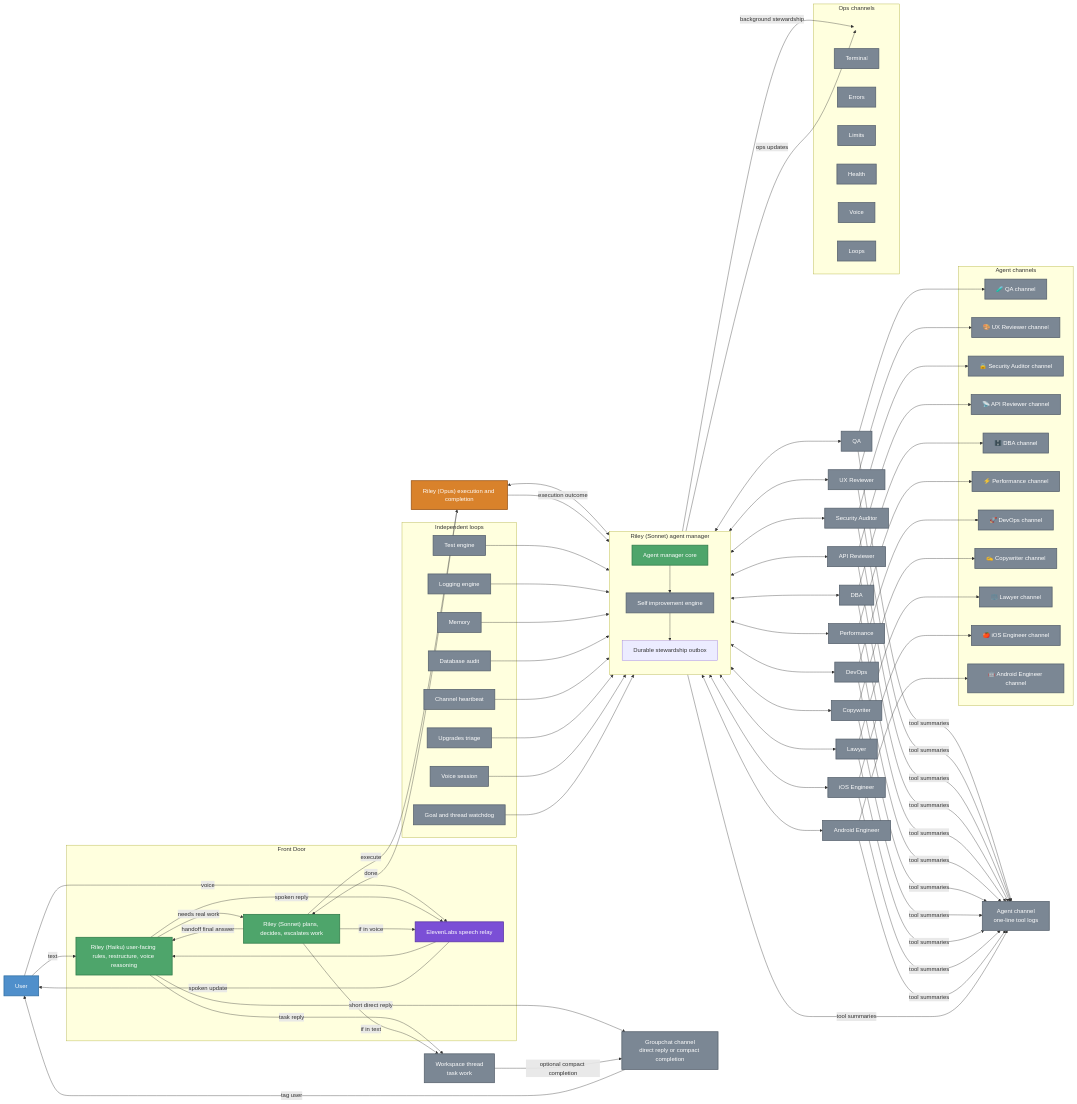
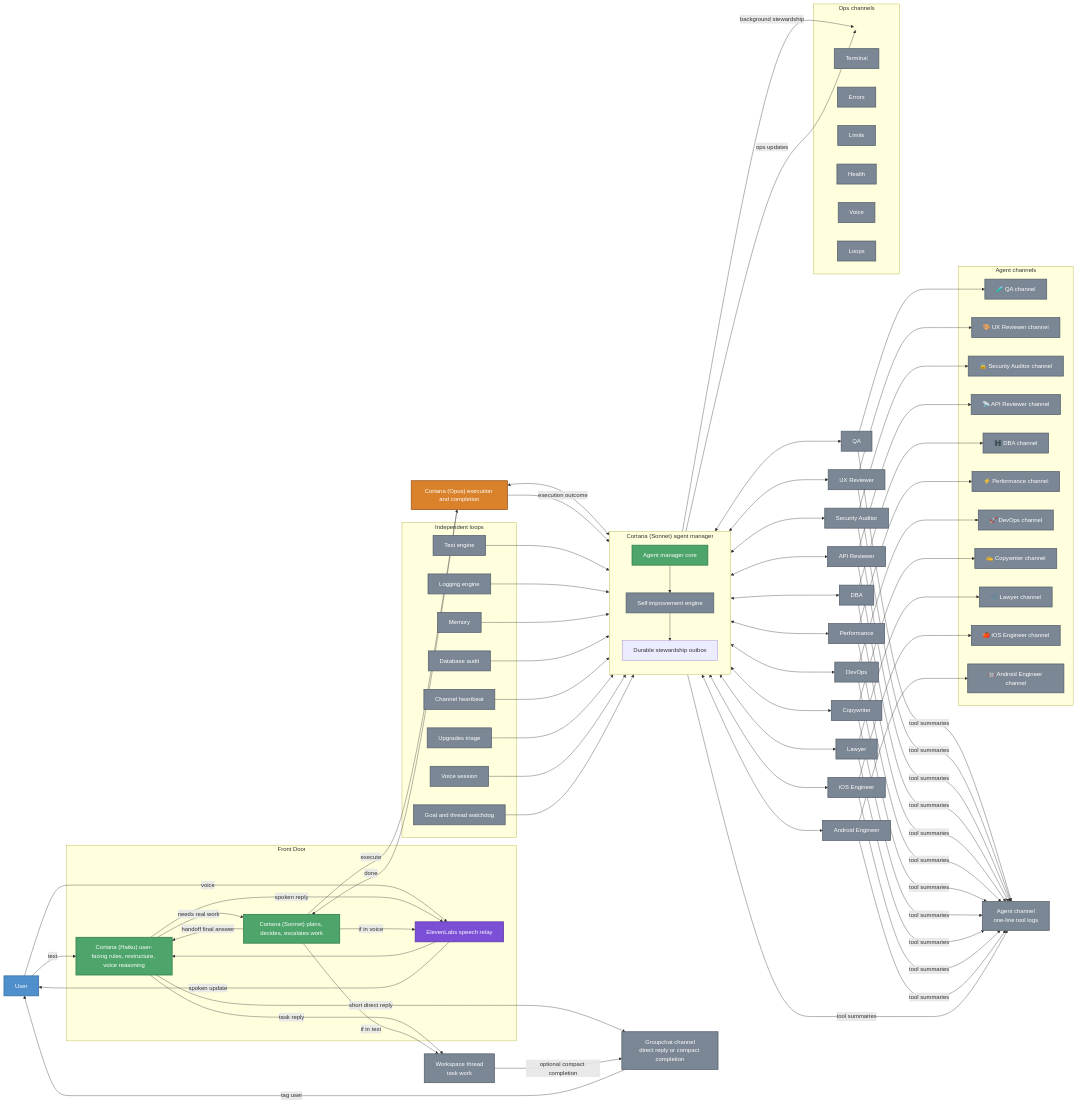
The first of 4 diagrams in .github/ARCHITECTURE.md (jflessenkemper/ASAP-discord), drawn with Mermaid before and after one commit. The commit also changed other lines of this file and 47 other files, not shown here.

First line of the commit message:
fix: Cortana self-repair — Riley scrub + contract gate + ping filter + memory cleanup

````diff
--- a/.github/ARCHITECTURE.md
+++ b/.github/ARCHITECTURE.md
@@ -26,14 +26,14 @@
     ToolLogs["Agent channel\none-line tool logs"]
 
     subgraph FrontDoor[Front Door]
-        RileyHaiku["Riley (Haiku) user-facing rules, restructure, voice reasoning"]
-        Riley["Riley (Sonnet) plans, decides, escalates work"]
+        CortanaHaiku["Cortana (Haiku) user-facing rules, restructure, voice reasoning"]
+        Cortana["Cortana (Sonnet) plans, decides, escalates work"]
         Voice[ElevenLabs speech relay]
     end
 
-    Opus["Riley (Opus) execution and completion"]
+    Opus["Cortana (Opus) execution and completion"]
 
-    subgraph AgentManager["Riley (Sonnet) agent manager"]
+    subgraph AgentManager["Cortana (Sonnet) agent manager"]
         direction TB
         AgentManagerCore[Agent manager core]
         SelfImproveEngine[Self improvement engine]
@@ -89,11 +89,11 @@
         LoopsCh[Loops]
     end
 
-    User -->|text| RileyHaiku
+    User -->|text| CortanaHaiku
     User -->|voice| Voice
-    Voice --> RileyHaiku
-    RileyHaiku -->|needs real work| Riley
-    Riley -->|execute| Opus
+    Voice --> CortanaHaiku
+    CortanaHaiku -->|needs real work| Cortana
+    Cortana -->|execute| Opus
     Opus <--> AgentManagerCore
     AgentManagerCore <--> QAAgent
     AgentManagerCore <--> UXAgent
@@ -128,11 +128,11 @@
     GoalWatchdog --> SelfImproveEngine
     StewardQueue -->|background stewardship| OpsHub
     SelfImproveEngine -->|ops updates| OpsHub
-    Opus -->|done| Riley
-    Riley -->|handoff final answer| RileyHaiku
-    RileyHaiku -->|short direct reply| Groupchat
-    RileyHaiku -->|task reply| Workspace
-    RileyHaiku -->|spoken reply| Voice
+    Opus -->|done| Cortana
+    Cortana -->|handoff final answer| CortanaHaiku
+    CortanaHaiku -->|short direct reply| Groupchat
+    CortanaHaiku -->|task reply| Workspace
+    CortanaHaiku -->|spoken reply| Voice
     Workspace -->|optional compact completion| Groupchat
     AgentManagerCore -->|tool summaries| ToolLogs
     QAAgent -->|tool summaries| ToolLogs
@@ -146,23 +146,23 @@
     LawyerAgent -->|tool summaries| ToolLogs
     IOSAgent -->|tool summaries| ToolLogs
     AndroidAgent -->|tool summaries| ToolLogs
-    Riley -->|if in voice| Voice
+    Cortana -->|if in voice| Voice
     Voice -->|spoken update| User
-    Riley -->|if in text| Workspace
+    Cortana -->|if in text| Workspace
     Groupchat -->|tag user| User
 
     classDef user fill:#4f8fcb,stroke:#2f6ea3,color:#ffffff,stroke-width:2px;
-    classDef riley fill:#4ea56b,stroke:#2f7a49,color:#ffffff,stroke-width:2px;
+    classDef cortana fill:#4ea56b,stroke:#2f7a49,color:#ffffff,stroke-width:2px;
     classDef opus fill:#d9822b,stroke:#9a5416,color:#ffffff,stroke-width:2px;
     classDef surface fill:#7b8794,stroke:#56616d,color:#ffffff,stroke-width:2px;
     classDef voice fill:#7b4fd6,stroke:#5934a5,color:#ffffff,stroke-width:2px;
     classDef hidden fill:transparent,stroke:transparent,color:transparent;
 
     class User user;
-    class RileyHaiku,Riley riley;
+    class CortanaHaiku,Cortana cortana;
     class Groupchat,Workspace,ToolLogs,SelfImproveEngine,QAAgent,UXAgent,SecurityAgent,APIAgent,DBAAgent,PerformanceAgent,DevOpsAgent,CopywriterAgent,LawyerAgent,IOSAgent,AndroidAgent,QAChan,UXChan,SecurityChan,APIChan,DBAChan,PerformanceChan,DevOpsChan,CopywriterChan,LawyerChan,IOSChan,AndroidChan,TestEngine,LoggingEngine,MemoryLoop,DatabaseAudit,ChannelHeartbeat,UpgradesTriage,VoiceSession,GoalWatchdog,TerminalCh,ErrorsCh,LimitsCh,HealthCh,VoiceCh,LoopsCh surface;
     class Voice voice;
     class Opus opus;
-    class AgentManagerCore riley;
+    class AgentManagerCore cortana;
     class OpsHub hidden;
 ```
````
